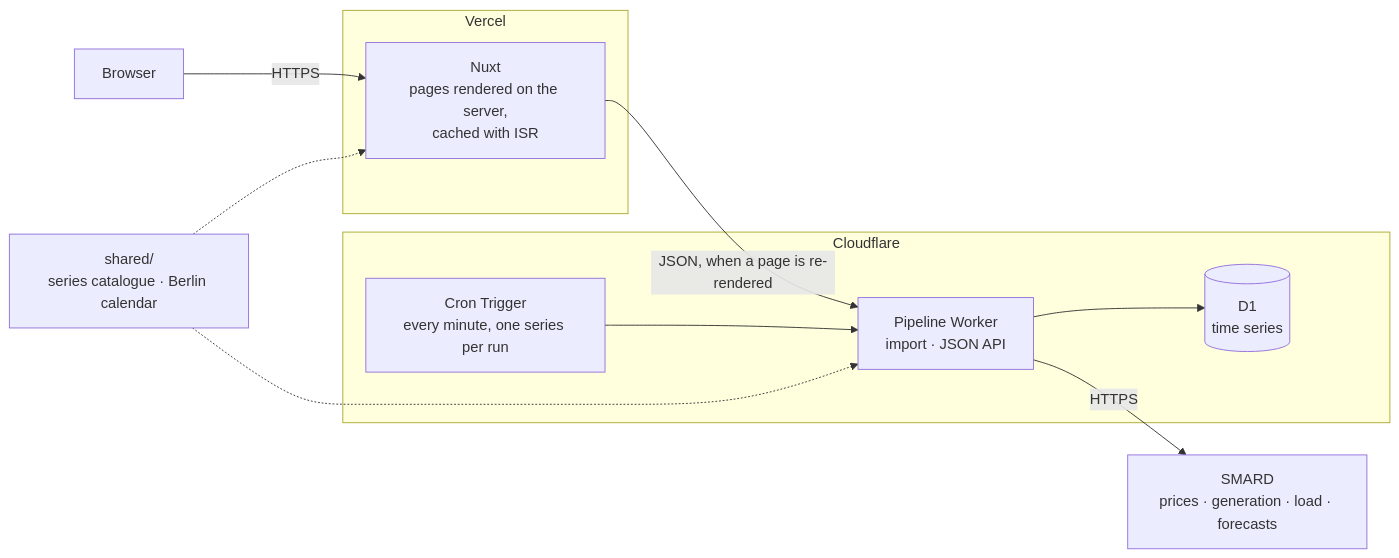
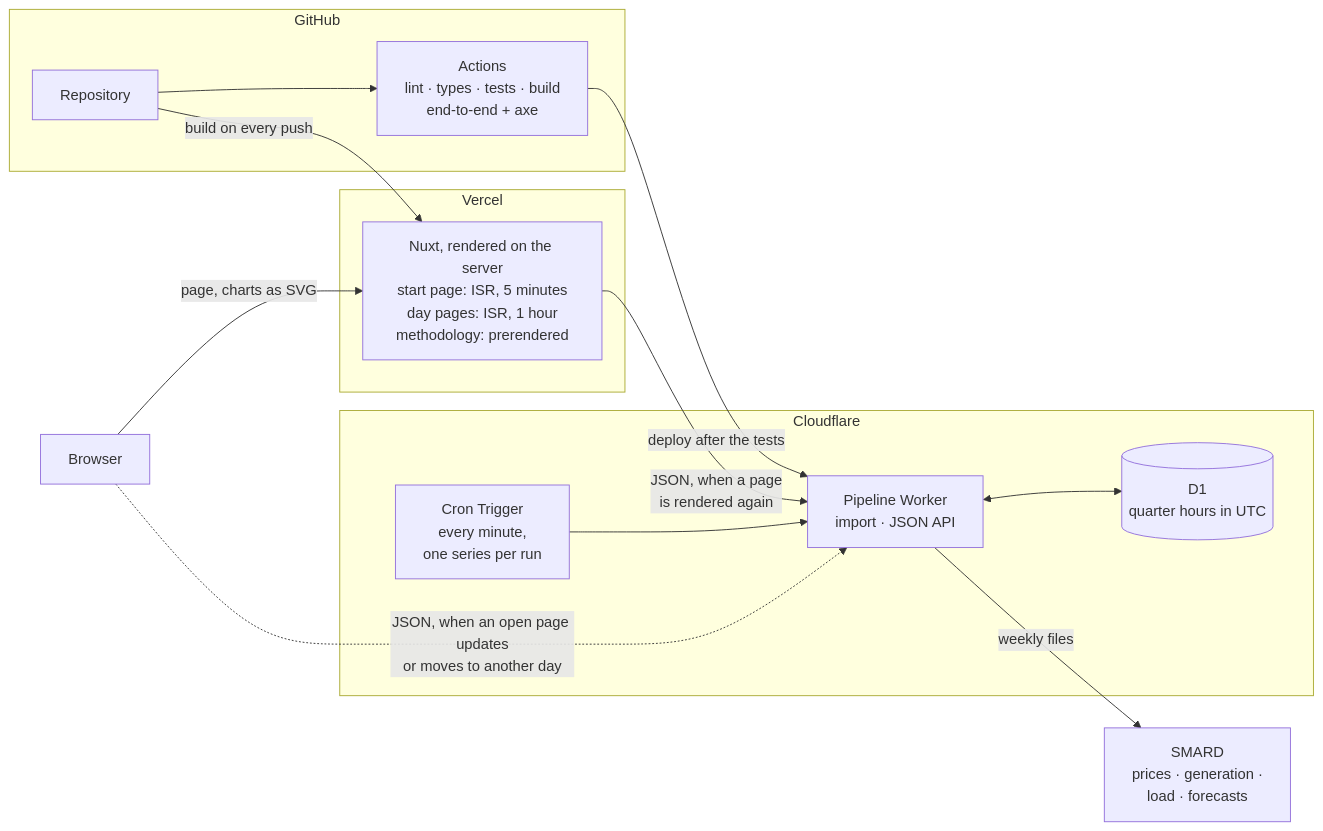
The diagram in README.md (Grigormrd/stromfenster), drawn with Mermaid before and after one commit. The commit also changed other lines of this file and 5 other files, not shown here.

First line of the commit message:
docs: animated preview, final architecture diagram, what was hard (#17)

````diff
--- a/README.md
+++ b/README.md
@@ -38,16 +40,25 @@
 ```mermaid
 flowchart LR
-  SMARD["SMARD<br/>prices · generation · load · forecasts"]
+  Browser
+  subgraph Vercel
+    Web["Nuxt, rendered on the server<br/>start page: ISR, 5 minutes<br/>day pages: ISR, 1 hour<br/>methodology: prerendered"]
+  end
   subgraph Cloudflare
-    Cron["Cron Trigger<br/>every minute, one series per run"] --> Worker["Pipeline Worker<br/>import · JSON API"]
-    Worker --> DB[("D1<br/>time series")]
+    Worker["Pipeline Worker<br/>import · JSON API"]
+    Cron["Cron Trigger<br/>every minute,<br/>one series per run"]
+    DB[("D1<br/>quarter hours in UTC")]
   end
-  subgraph Vercel
-    Web["Nuxt<br/>pages rendered on the server,<br/>cached with ISR"]
+  SMARD["SMARD<br/>prices · generation ·<br/>load · forecasts"]
+  subgraph GitHub
+    Repo["Repository"] --> Actions["Actions<br/>lint · types · tests · build<br/>end-to-end + axe"]
   end
-  Browser -- "HTTPS" --> Web
-  Web -- "JSON, when a page is re-rendered" --> Worker
-  Worker -- "HTTPS" --> SMARD
-  Shared["shared/<br/>series catalogue · Berlin calendar"] -.-> Web
-  Shared -.-> Worker
+
+  Browser -- "page, charts as SVG" --> Web
+  Web -- "JSON, when a page<br/>is rendered again" --> Worker
+  Browser -. "JSON, when an open page updates<br/>or moves to another day" .-> Worker
+  Cron --> Worker
+  Worker <--> DB
+  Worker -- "weekly files" --> SMARD
+  Repo -- "build on every push" --> Web
+  Actions -- "deploy after the tests" --> Worker
 ```
````
